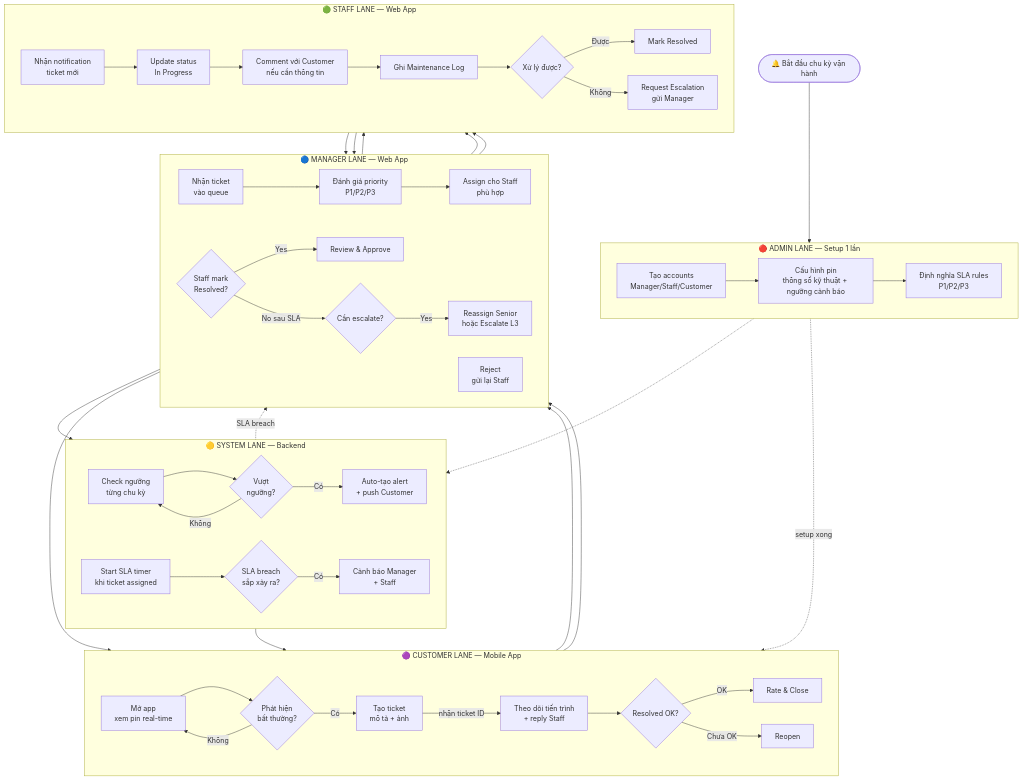
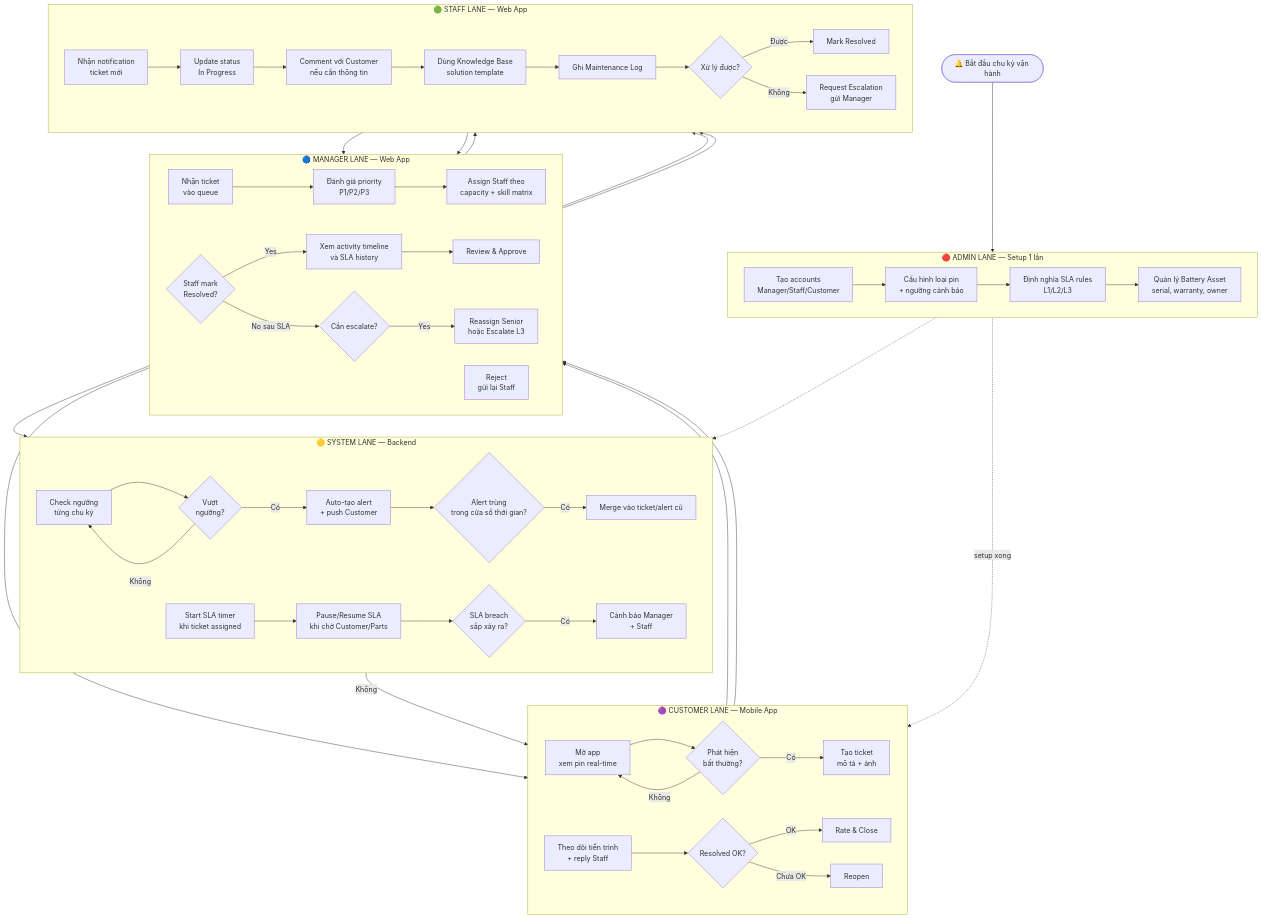
Before and after one commit to GSU26SE55/backend: the first of 8 diagrams in .claude/docs/core-business-flow.md, drawn with Mermaid. The commit also changed other lines of this file and 3 other files, not shown here.

```diff
--- a/.claude/docs/core-business-flow.md
+++ b/.claude/docs/core-business-flow.md
@@ -42,9 +42,10 @@
     subgraph ADMIN["🔴 ADMIN LANE — Setup 1 lần"]
         direction LR
         A1[Tạo accounts<br/>Manager/Staff/Customer]
-        A2[Cấu hình pin<br/>thông số kỹ thuật + ngưỡng cảnh báo]
-        A3[Định nghĩa SLA rules<br/>P1/P2/P3]
-        A1 --> A2 --> A3
+        A2[Cấu hình loại pin<br/>+ ngưỡng cảnh báo]
+        A3[Định nghĩa SLA rules<br/>L1/L2/L3]
+        A4[Quản lý Battery Asset<br/>serial, warranty, owner]
+        A1 --> A2 --> A3 --> A4
     end
 
     subgraph CUSTOMER["🟣 CUSTOMER LANE — Mobile App"]
@@ -69,13 +70,18 @@
         S1[Check ngưỡng<br/>từng chu kỳ]
         S2{Vượt<br/>ngưỡng?}
         S3[Auto-tạo alert<br/>+ push Customer]
+        S7{Alert trùng<br/>trong cửa sổ thời gian?}
+        S8[Merge vào ticket/alert cũ]
         S4[Start SLA timer<br/>khi ticket assigned]
+        S9[Pause/Resume SLA<br/>khi chờ Customer/Parts]
         S5{SLA breach<br/>sắp xảy ra?}
         S6[Cảnh báo Manager<br/>+ Staff]
         S1 --> S2
-        S2 -->|Có| S3
+        S2 -->|Có| S3 --> S7
+        S7 -->|Có| S8
+        S7 -->|Không| C2
         S2 -->|Không| S1
-        S4 --> S5
+        S4 --> S9 --> S5
         S5 -->|Có| S6
     end
 
@@ -83,14 +89,15 @@
         direction LR
         M1[Nhận ticket<br/>vào queue]
         M2[Đánh giá priority<br/>P1/P2/P3]
-        M3[Assign cho Staff<br/>phù hợp]
+        M3[Assign Staff theo<br/>capacity + skill matrix]
         M4{Staff mark<br/>Resolved?}
         M5[Review & Approve]
         M6[Reject<br/>gửi lại Staff]
         M7{Cần escalate?}
         M8[Reassign Senior<br/>hoặc Escalate L3]
+        M9[Xem activity timeline<br/>và SLA history]
         M1 --> M2 --> M3
-        M4 -->|Yes| M5
+        M4 -->|Yes| M9 --> M5
         M4 -->|No sau SLA| M7
         M7 -->|Yes| M8
     end
@@ -100,22 +107,20 @@
         T1[Nhận notification<br/>ticket mới]
         T2[Update status<br/>In Progress]
         T3[Comment với Customer<br/>nếu cần thông tin]
+        T8[Dùng Knowledge Base<br/>solution template]
         T4[Ghi Maintenance Log]
         T5{Xử lý được?}
         T6[Mark Resolved]
         T7[Request Escalation<br/>gửi Manager]
-        T1 --> T2 --> T3 --> T4 --> T5
+        T1 --> T2 --> T3 --> T8 --> T4 --> T5
         T5 -->|Được| T6
         T5 -->|Không| T7
     end
 
     Start --> A1
-    A3 -.setup xong.-> C1
-    A3 -.-> S1
+    A4 -.setup xong.-> C1
+    A4 -.-> S1
     C3 --> M1
-    C3 -->|nhận ticket ID| C4
-    S3 --> C2
-    S6 -.SLA breach.-> M7
     M3 --> T1
     M3 --> S4
     T6 --> M4
```
